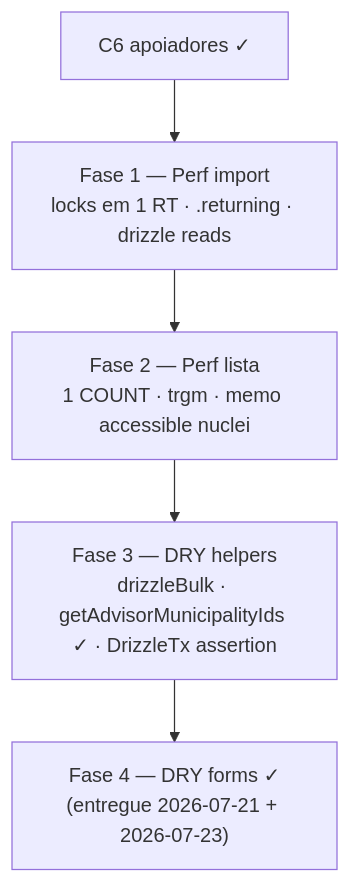
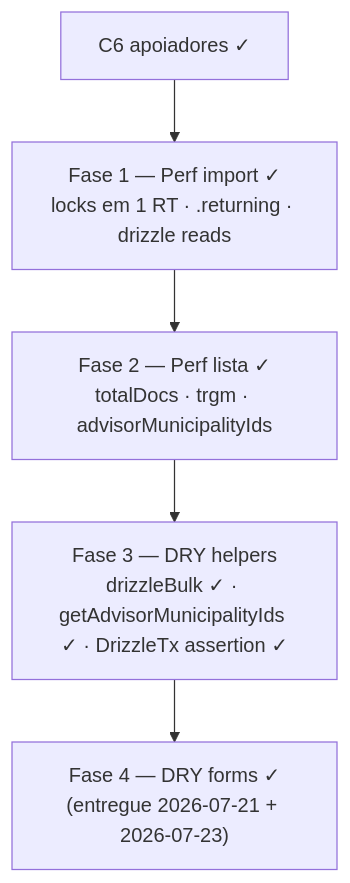
The diagram in docs/plans/escala-dry-pos-c6.md (fsolla/teqo), drawn with Mermaid before and after one commit. The commit also changed other lines of this file and 1 other file, not shown here.

````diff
--- a/docs/plans/escala-dry-pos-c6.md
+++ b/docs/plans/escala-dry-pos-c6.md
@@ -48,12 +50,12 @@
 ```mermaid
 flowchart TD
-    F1["Fase 1 — Perf import<br/>locks em 1 RT · .returning · drizzle reads"]
-    F2["Fase 2 — Perf lista<br/>1 COUNT · trgm · memo accessible nuclei"]
-    F3["Fase 3 — DRY helpers<br/>drizzleBulk · getAdvisorMunicipalityIds ✓ · DrizzleTx assertion"]
+    F1["Fase 1 — Perf import ✓<br/>locks em 1 RT · .returning · drizzle reads"]
+    F2["Fase 2 — Perf lista ✓<br/>totalDocs · trgm · advisorMunicipalityIds"]
+    F3["Fase 3 — DRY helpers<br/>drizzleBulk ✓ · getAdvisorMunicipalityIds ✓ · DrizzleTx assertion ✓"]
     F4["Fase 4 — DRY forms ✓<br/>(entregue 2026-07-21 + 2026-07-23)"]
 
     C6["C6 apoiadores ✓"] --> F1
     F1 --> F2
     F2 --> F3
     F3 --> F4
 ```
````
